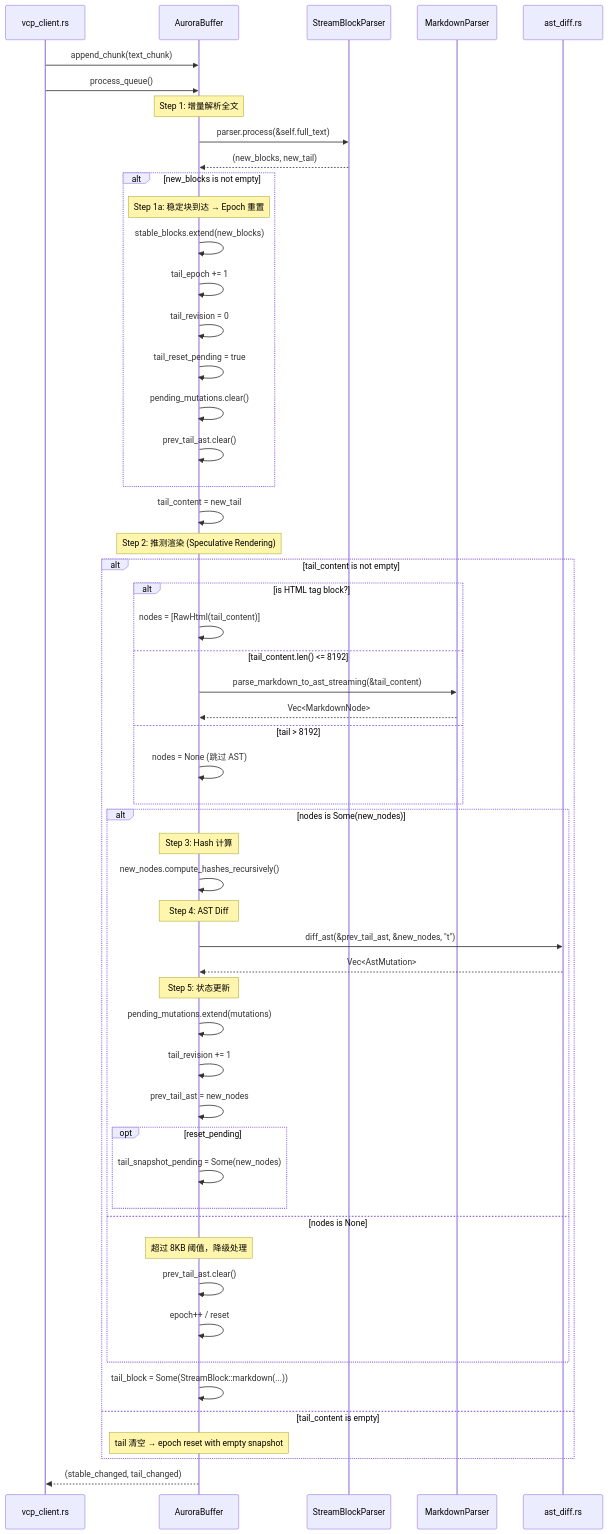
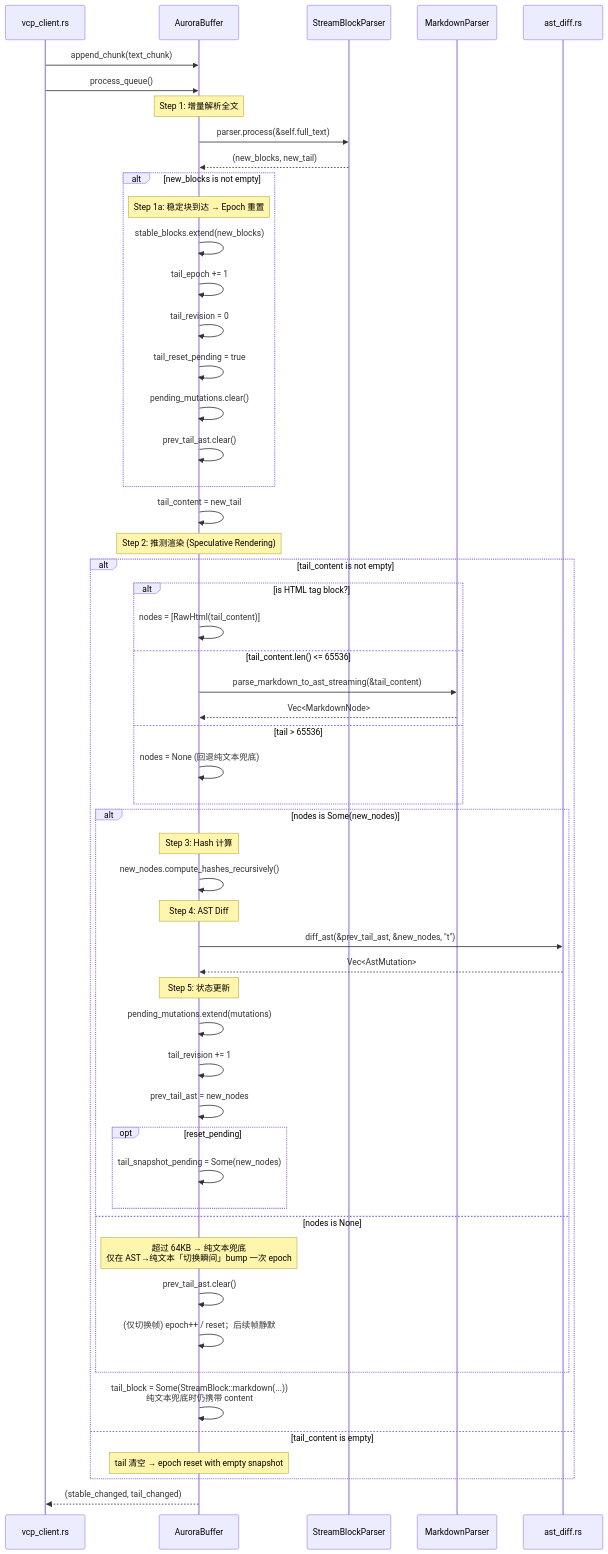
One commit to MRiecy/VCPMobile changed the second of 4 diagrams in docs/modules/ast-diff/02_Aurora管道Epoch体系与增量Diff算法.md. Above: the diagram before and after it, drawn with Mermaid. The commit also changed other lines of this file and 18 other files, not shown here.

````diff
--- a/docs/modules/ast-diff/02_Aurora管道Epoch体系与增量Diff算法.md
+++ b/docs/modules/ast-diff/02_Aurora管道Epoch体系与增量Diff算法.md
@@ -127,68 +127,68 @@
 ```mermaid
 sequenceDiagram
     participant Caller as vcp_client.rs
     participant AB as AuroraBuffer
     participant SP as StreamBlockParser
     participant MP as MarkdownParser
     participant DA as ast_diff.rs
 
     Caller->>AB: append_chunk(text_chunk)
     Caller->>AB: process_queue()
 
     Note over AB: Step 1: 增量解析全文
     AB->>SP: parser.process(&self.full_text)
     SP-->>AB: (new_blocks, new_tail)
 
     alt new_blocks is not empty
         Note over AB: Step 1a: 稳定块到达 → Epoch 重置
         AB->>AB: stable_blocks.extend(new_blocks)
         AB->>AB: tail_epoch += 1
         AB->>AB: tail_revision = 0
         AB->>AB: tail_reset_pending = true
         AB->>AB: pending_mutations.clear()
         AB->>AB: prev_tail_ast.clear()
     end
 
     AB->>AB: tail_content = new_tail
 
     Note over AB: Step 2: 推测渲染 (Speculative Rendering)
 
     alt tail_content is not empty
         alt is HTML tag block?
             AB->>AB: nodes = [RawHtml(tail_content)]
-        else tail_content.len() <= 8192
+        else tail_content.len() <= 65536
             AB->>MP: parse_markdown_to_ast_streaming(&tail_content)
             MP-->>AB: Vec<MarkdownNode>
-        else tail > 8192
-            AB->>AB: nodes = None (跳过 AST)
+        else tail > 65536
+            AB->>AB: nodes = None (回退纯文本兜底)
         end
 
         alt nodes is Some(new_nodes)
             Note over AB: Step 3: Hash 计算
             AB->>AB: new_nodes.compute_hashes_recursively()
 
             Note over AB: Step 4: AST Diff
             AB->>DA: diff_ast(&prev_tail_ast, &new_nodes, "t")
             DA-->>AB: Vec<AstMutation>
 
             Note over AB: Step 5: 状态更新
             AB->>AB: pending_mutations.extend(mutations)
             AB->>AB: tail_revision += 1
             AB->>AB: prev_tail_ast = new_nodes
 
             opt reset_pending
                 AB->>AB: tail_snapshot_pending = Some(new_nodes)
             end
         else nodes is None
-            Note over AB: 超过 8KB 阈值，降级处理
+            Note over AB: 超过 64KB → 纯文本兜底<br/>仅在 AST→纯文本「切换瞬间」bump 一次 epoch
             AB->>AB: prev_tail_ast.clear()
-            AB->>AB: epoch++ / reset
+            AB->>AB: (仅切换帧) epoch++ / reset；后续帧静默
         end
 
-        AB->>AB: tail_block = Some(StreamBlock::markdown(...))
+        AB->>AB: tail_block = Some(StreamBlock::markdown(...))<br/>纯文本兜底时仍携带 content
     else tail_content is empty
         Note over AB: tail 清空 → epoch reset with empty snapshot
     end
 
     AB-->>Caller: (stable_changed, tail_changed)
 ```
````
